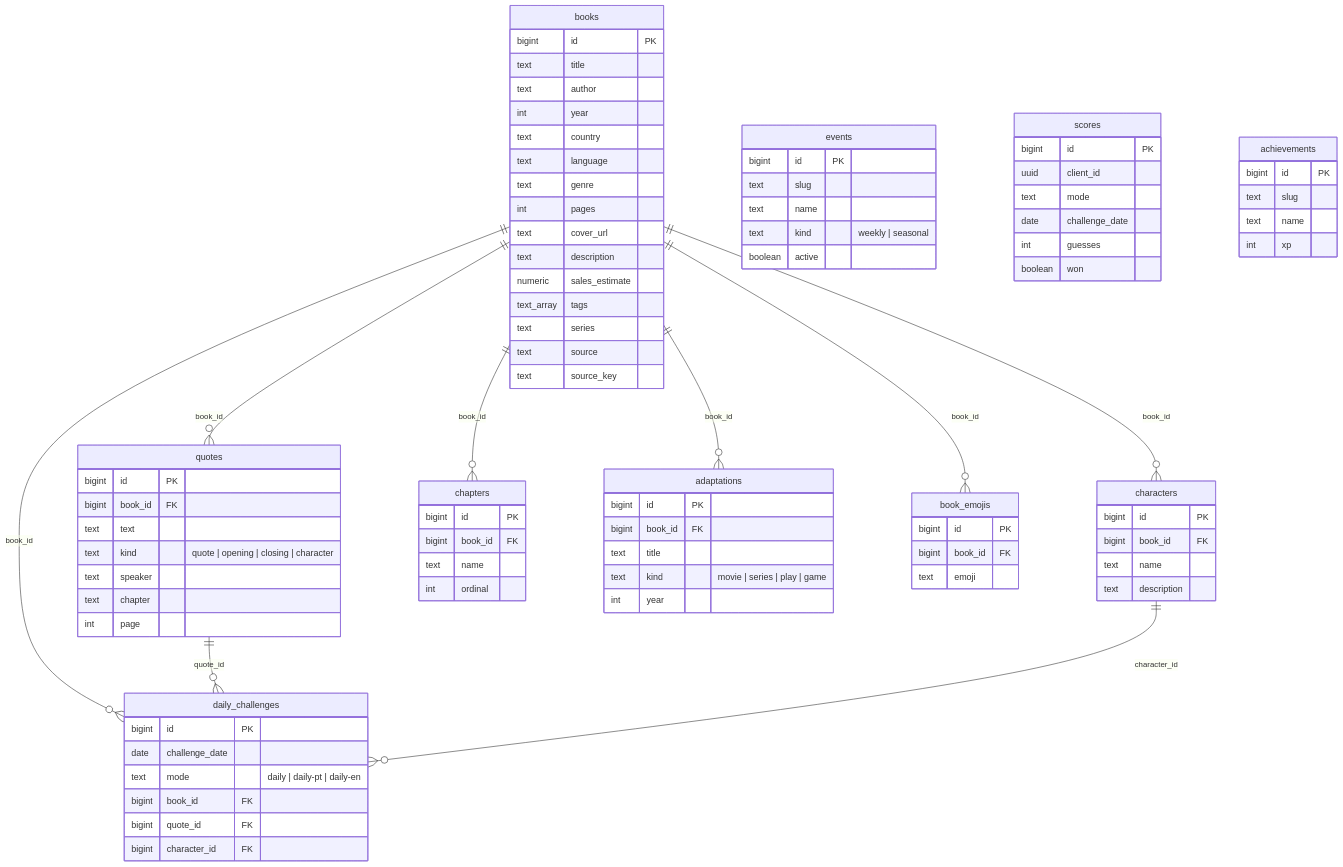
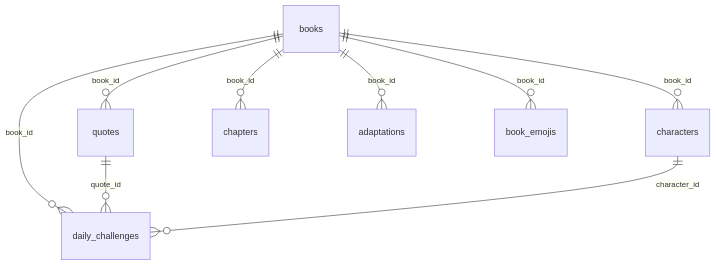
One commit to MatheusIngles/LivreLee changed the diagram in README.en.md. Above: the diagram before and after it, drawn with Mermaid. The commit also changed other lines of this file and 17 other files, not shown here.

First line of the commit message:
feat: add chapter extraction job and improve quote handling

````diff
--- a/README.en.md
+++ b/README.en.md
@@ -41,84 +83,4 @@
     books ||--o{ daily_challenges : book_id
     quotes ||--o{ daily_challenges : quote_id
     characters ||--o{ daily_challenges : character_id
-
-    books {
-        bigint id PK
-        text title
-        text author
-        int year
-        text country
-        text language
-        text genre
-        int pages
-        text cover_url
-        text description
-        numeric sales_estimate
-        text_array tags
-        text series
-        text source
-        text source_key
-    }
-    quotes {
-        bigint id PK
-        bigint book_id FK
-        text text
-        text kind "quote | opening | closing | character"
-        text speaker
-        text chapter
-        int page
-    }
-    characters {
-        bigint id PK
-        bigint book_id FK
-        text name
-        text description
-    }
-    chapters {
-        bigint id PK
-        bigint book_id FK
-        text name
-        int ordinal
-    }
-    adaptations {
-        bigint id PK
-        bigint book_id FK
-        text title
-        text kind "movie | series | play | game"
-        int year
-    }
-    book_emojis {
-        bigint id PK
-        bigint book_id FK
-        text emoji
-    }
-    daily_challenges {
-        bigint id PK
-        date challenge_date
-        text mode "daily | daily-pt | daily-en"
-        bigint book_id FK
-        bigint quote_id FK
-        bigint character_id FK
-    }
-    events {
-        bigint id PK
-        text slug
-        text name
-        text kind "weekly | seasonal"
-        boolean active
-    }
-    scores {
-        bigint id PK
-        uuid client_id
-        text mode
-        date challenge_date
-        int guesses
-        boolean won
-    }
-    achievements {
-        bigint id PK
-        text slug
-        text name
-        int xp
-    }
 ```
````
